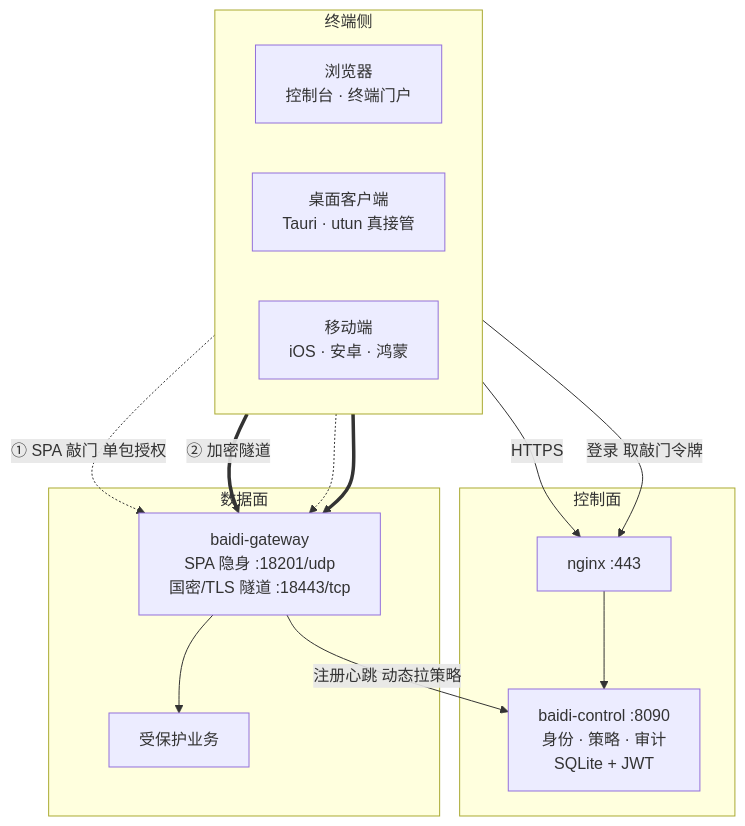
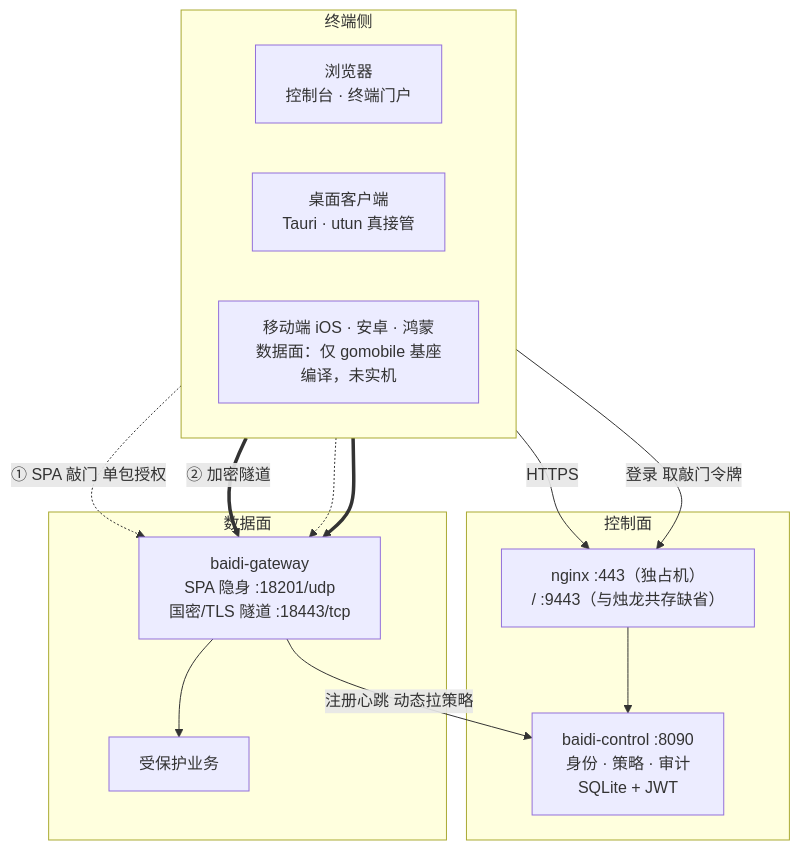
One commit to Promethues0/baidi changed the first of 2 diagrams in README.md. Above: the diagram before and after it, drawn with Mermaid. The commit also changed other lines of this file and 2 other files, not shown here.

````diff
--- a/README.md
+++ b/README.md
@@ -37,25 +42,25 @@
 ```mermaid
 flowchart TB
   subgraph 终端侧
     direction LR
     B["浏览器<br/>控制台 · 终端门户"]
     D["桌面客户端<br/>Tauri · utun 真接管"]
-    M["移动端<br/>iOS · 安卓 · 鸿蒙"]
+    M["移动端 iOS · 安卓 · 鸿蒙<br/>数据面：仅 gomobile 基座编译，未实机"]
   end
 
   subgraph 控制面
-    N["nginx :443"] --> C["baidi-control :8090<br/>身份 · 策略 · 审计<br/>SQLite + JWT"]
+    N["nginx :443（独占机）<br/>/ :9443（与烛龙共存缺省）"] --> C["baidi-control :8090<br/>身份 · 策略 · 审计<br/>SQLite + JWT"]
   end
 
   subgraph 数据面
     G["baidi-gateway<br/>SPA 隐身 :18201/udp<br/>国密/TLS 隧道 :18443/tcp"] --> R["受保护业务"]
   end
 
   B -->|HTTPS| N
   D -->|登录 取敲门令牌| N
   D -.->|① SPA 敲门 单包授权| G
   D ==>|② 加密隧道| G
   M -.-> G
   M ==> G
   G -->|注册心跳 动态拉策略| C
 ```
````
